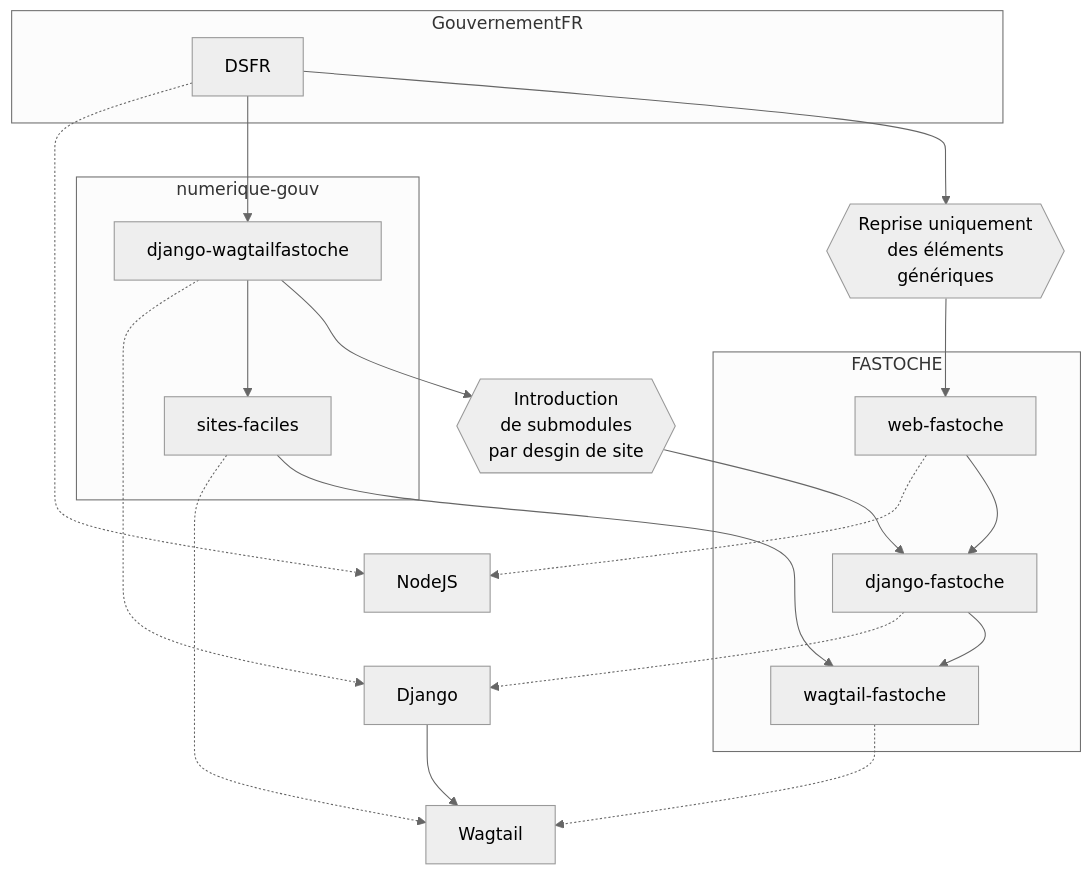
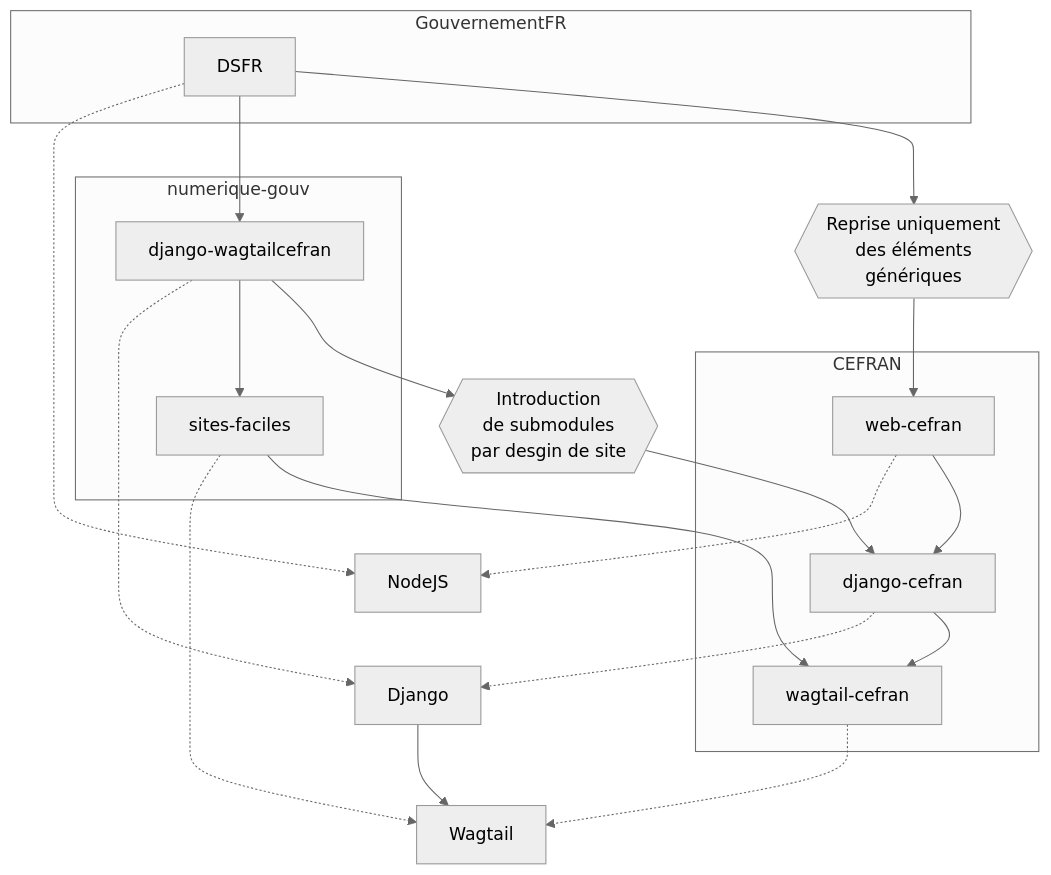
One commit to chris2fr/wagtail-village changed the diagram in README.md. Above: the diagram before and after it, drawn with Mermaid (neutral theme). The commit also changed other lines of this file and 263 other files, not shown here.

Commit message:
Wagtail-Cefran-0.0.1

````diff
--- a/README.md
+++ b/README.md
@@ -21,37 +21,37 @@
 ```mermaid
 flowchart TD
 
 subgraph GouvernementFR
 	DSFR
 end
 subgraph numerique-gouv
-	django-wagtailfastoche
+	django-wagtailcefran
 	sites-faciles
 end
-subgraph FASTOCHE 
-	web-fastoche
-	django-fastoche
-	wagtail-fastoche
+subgraph CEFRAN 
+	web-cefran
+	django-cefran
+	wagtail-cefran
 end
 
 
-django-wagtailfastoche -.-> Django 
+django-wagtailcefran -.-> Django 
  sites-faciles-.-> Wagtail 
- django-fastoche -.-> Django
-wagtail-fastoche -.-> Wagtail 
+ django-cefran -.-> Django
+wagtail-cefran -.-> Wagtail 
 DSFR -.-> NodeJS 
-web-fastoche  -.-> NodeJS 
+web-cefran  -.-> NodeJS 
 
-DSFR --> django-wagtailfastoche
-django-wagtailfastoche --> sites-faciles
+DSFR --> django-wagtailcefran
+django-wagtailcefran --> sites-faciles
 DSFR --> uniquement-generique{{Reprise uniquement\ndes éléments\ngénériques}}
-uniquement-generique --> web-fastoche
-web-fastoche --> django-fastoche
+uniquement-generique --> web-cefran
+web-cefran --> django-cefran
 
-django-wagtailfastoche --> intro-submodules{{Introduction\nde submodules\npar desgin de site}}
-intro-submodules --> django-fastoche
-django-fastoche --> wagtail-fastoche
-sites-faciles --> wagtail-fastoche
+django-wagtailcefran --> intro-submodules{{Introduction\nde submodules\npar desgin de site}}
+intro-submodules --> django-cefran
+django-cefran --> wagtail-cefran
+sites-faciles --> wagtail-cefran
 
 Django --> Wagtail
 ```
````
